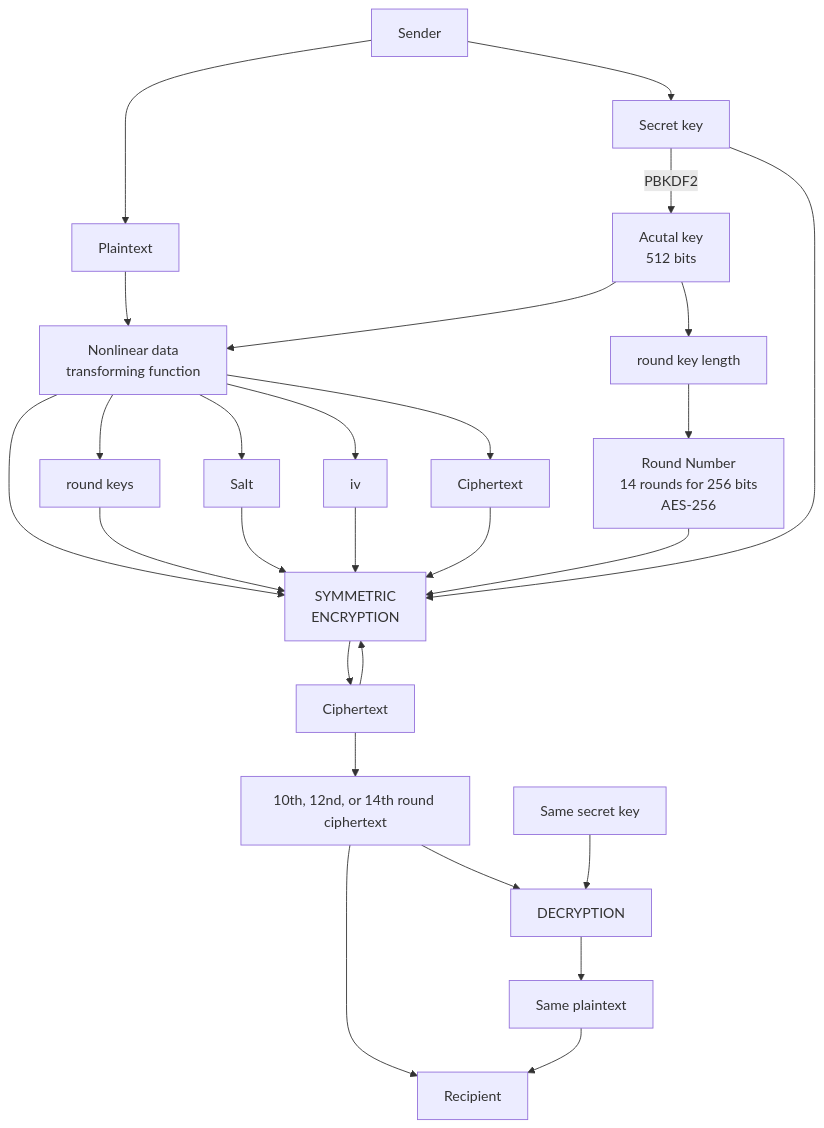
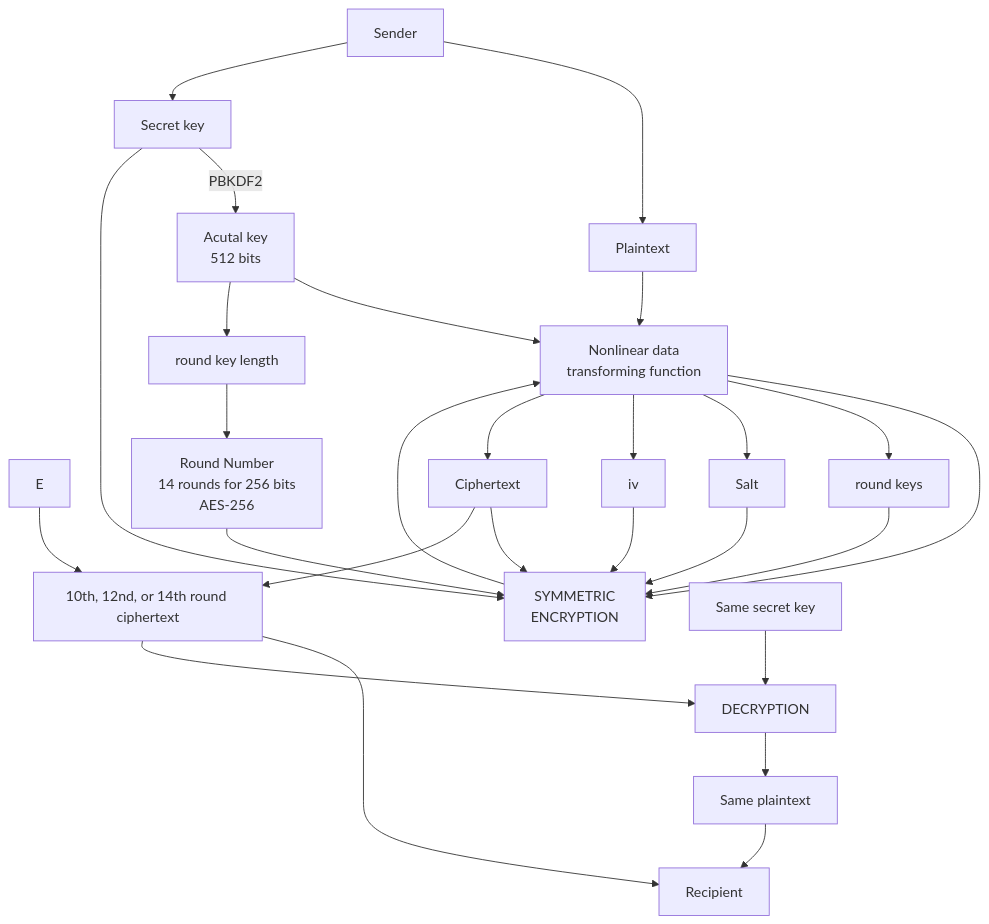
The diagram in README.md (Kietpawpan/encryption), drawn with Mermaid before and after one commit.

````diff
--- a/README.md
+++ b/README.md
@@ -5,16 +5,17 @@
 ```mermaid
 flowchart TD
     A[Sender] --> B[Plaintext]-->FC
-    C[Secret key]--PBKDF2-->AK[Acutal key\n512 bits]-->FC-->D[SYMMETRIC\nENCRYPTION]-->E[Ciphertext]-->D
+    C[Secret key]--PBKDF2-->AK[Acutal key\n512 bits]-->FC-->D[SYMMETRIC\nENCRYPTION]-->FC
     E-->FN[10th, 12nd, or 14th round ciphertext]-->F[Recipient]
     C2[Same secret key]-->G[DECRYPTION]-->I[Same plaintext]-->F
      FN-->G
 A-->C-->D
 RK[round keys]-->D
 AK-->RKL[round key length]-->RN[Round Number\n14 rounds for 256 bits\nAES-256]-->D
 FC[Nonlinear data \ntransforming function]
 FC-->RK
 FC-->SL[Salt]-->D
 FC-->iv[iv]-->D
 FC-->CFT[Ciphertext]-->D
+CFT-->FN
 ```
````
